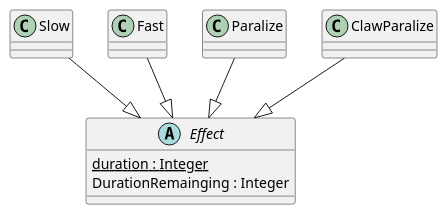
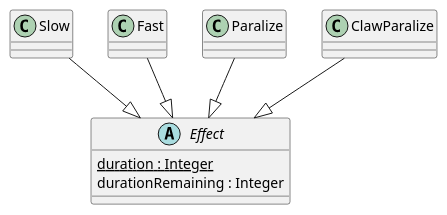
One commit to Petya-G/fungorium changed the diagram in 3/classes/effect.puml. Above: the diagram before and after it, drawn with PlantUML.

Commit message:
corrected typo1

```diff
--- a/3/classes/effect.puml
+++ b/3/classes/effect.puml
@@ -1,25 +1,25 @@
 @startuml effect
 
 abstract class Effect{
     {static} duration : Integer
-    DurationRemainging : Integer
+    durationRemaining : Integer
 }
 
 Slow --|> Effect
 class Slow {
 }
 
 Fast --|> Effect
 class Fast {
 }
 
 Paralize --|> Effect
 class Paralize {
 }
 
 ClawParalize --|> Effect
 class ClawParalize {
 }
 
 
 @enduml
```
